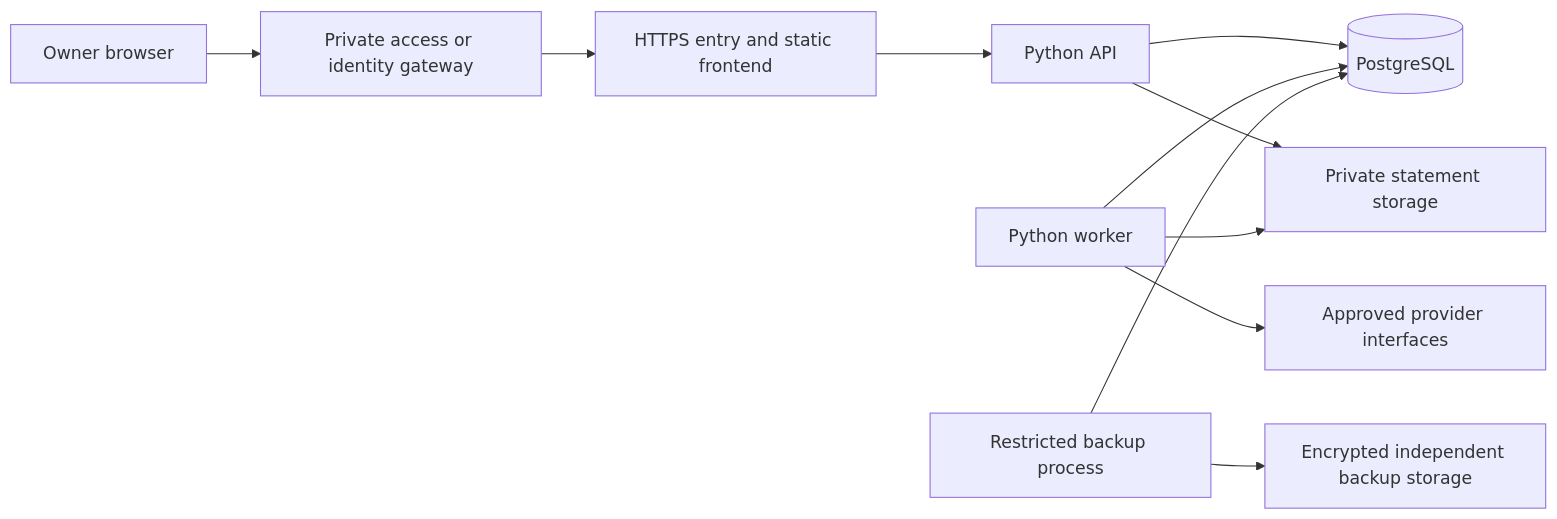
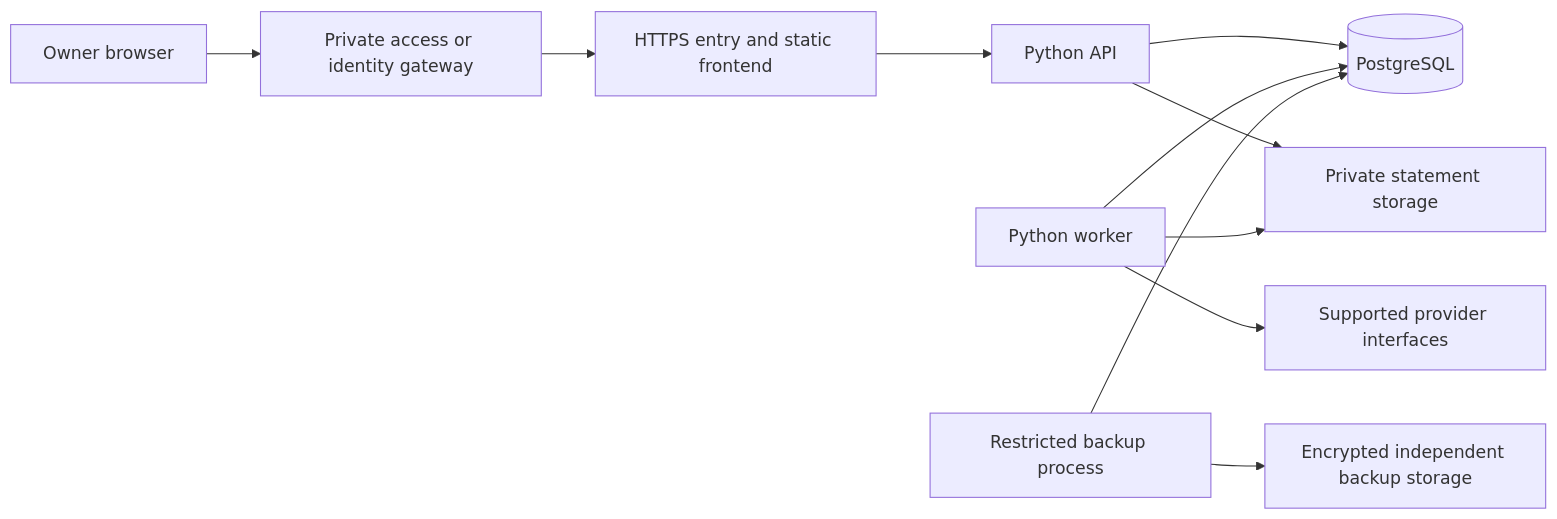
The diagram in docs/architecture.md (RithvikRS/trading-app), drawn with Mermaid before and after one commit. The commit also changed other lines of this file and 35 other files, not shown here.

````diff
--- a/docs/architecture.md
+++ b/docs/architecture.md
@@ -20,13 +20,13 @@
 ```mermaid
 flowchart LR
     Owner[Owner browser] --> Access[Private access or identity gateway]
     Access --> Web[HTTPS entry and static frontend]
     Web --> API[Python API]
     API --> DB[(PostgreSQL)]
     API --> Files[Private statement storage]
     Jobs[Python worker] --> DB
     Jobs --> Files
-    Jobs --> Providers[Approved provider interfaces]
+    Jobs --> Providers[Supported provider interfaces]
     Backup[Restricted backup process] --> DB
     Backup --> Archive[Encrypted independent backup storage]
 ```
````
